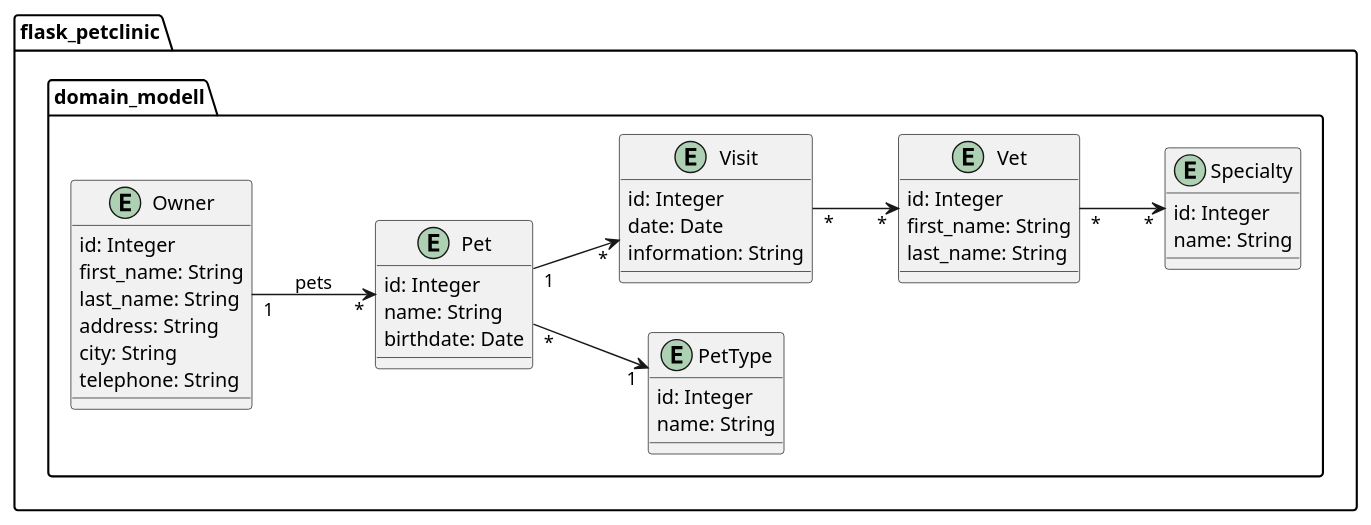
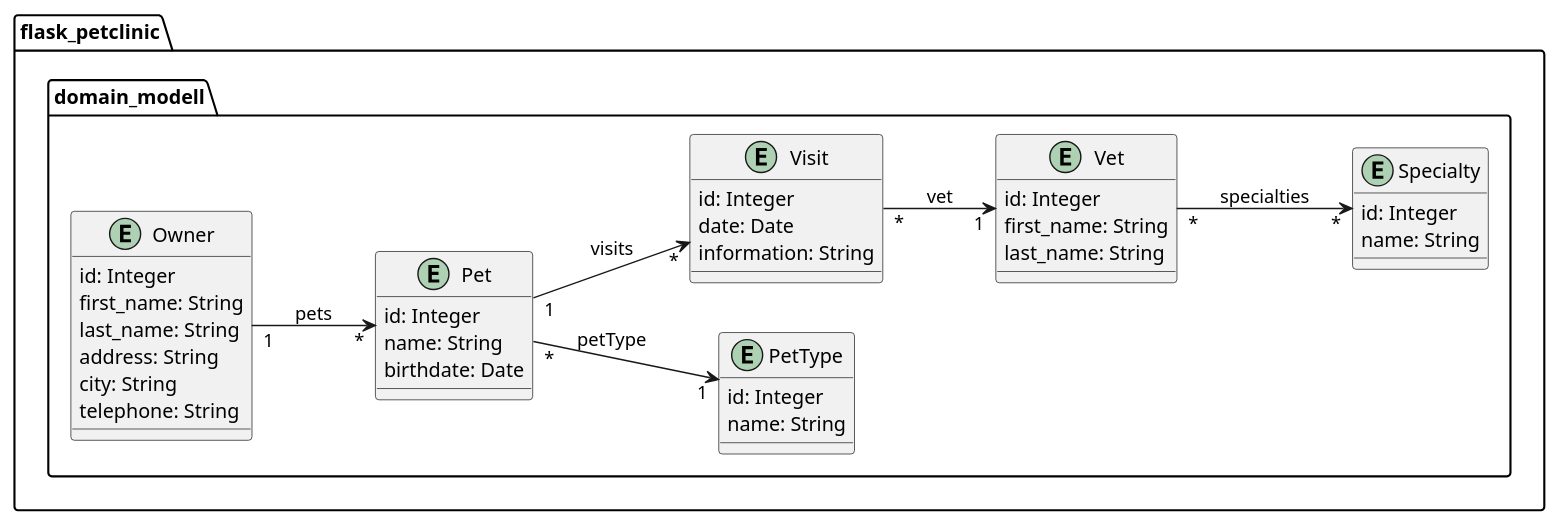
Before and after one commit to Jakarta-EE-Petclinic/petclinic_flask: the diagram in docs/uml/Domain_Class_Modell.puml, drawn with PlantUML.

```diff
--- a/docs/uml/Domain_Class_Modell.puml
+++ b/docs/uml/Domain_Class_Modell.puml
@@ -1,51 +1,51 @@
 @startuml
 left to right direction
 
 
 package flask_petclinic.domain_modell {
 
     entity Owner {
 	    id: Integer
 	    first_name: String
 	    last_name: String
 	    address: String
 	    city: String
 	    telephone: String
 	}
 
 	entity Pet {
 	    id: Integer
 	    name: String
 	    birthdate: Date
 	}
 
 	entity PetType {
 	    id: Integer
 	    name: String
 	}
 
 	entity Visit {
 	    id: Integer
 	    date: Date
 	    information: String
 	}
 
 	entity Vet {
 	    id: Integer
 	    first_name: String
 	    last_name: String
 	}
 
 	entity Specialty {
 	    id: Integer
 	    name: String
 	}
 
 	Owner "1" --> "*"  Pet: pets
-	Pet "*" --> "1" PetType
-	Pet "1" --> "*" Visit
-	Vet "*" --> "*" Specialty
-	Visit "*" --> "*" Vet
+	Pet "*" --> "1" PetType: petType
+	Pet "1" --> "*" Visit: visits
+	Visit "*" --> "1" Vet: vet
+	Vet "*" --> "*" Specialty: specialties
 }
 
 @enduml
```
